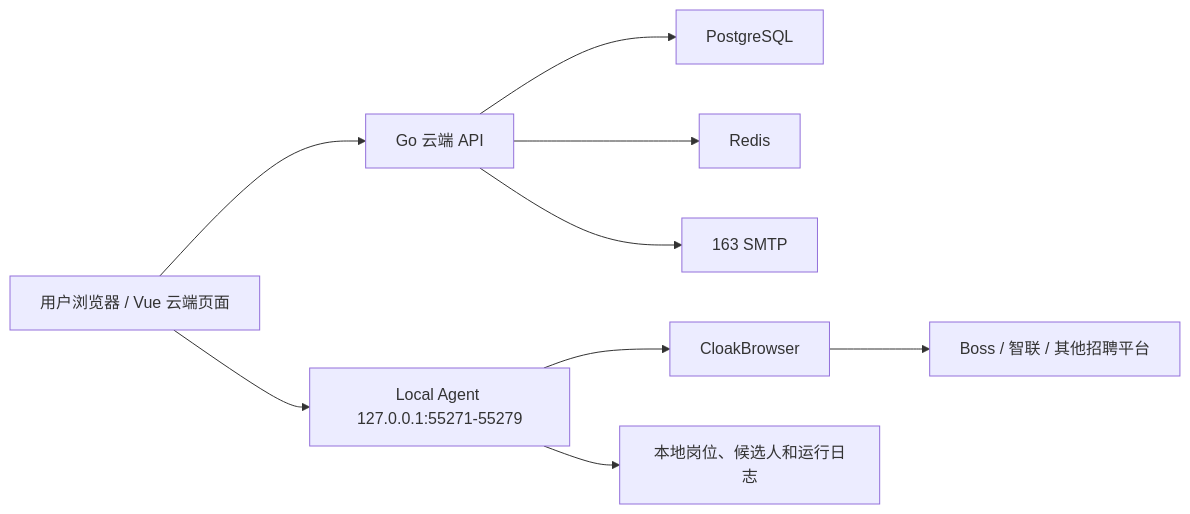
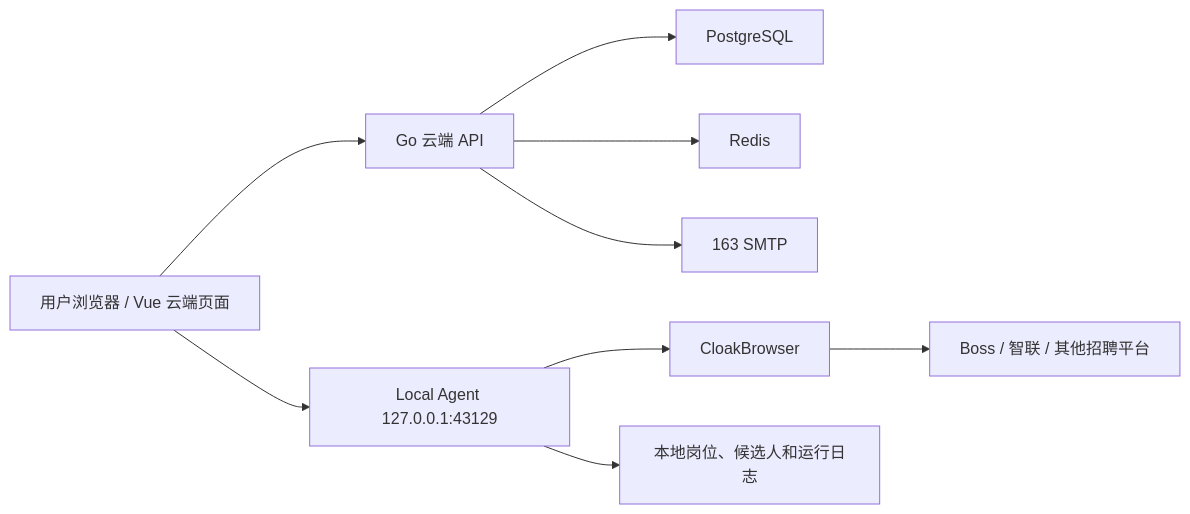
One commit to hhh0078/goodhr changed the diagram in goodhr5/docs/architecture.md. Above: the diagram before and after it, drawn with Mermaid. The commit also changed other lines of this file and 7 other files, not shown here.

````diff
--- a/goodhr5/docs/architecture.md
+++ b/goodhr5/docs/architecture.md
@@ -5,11 +5,11 @@
 ```mermaid
 flowchart LR
   Browser["用户浏览器 / Vue 云端页面"] --> Cloud["Go 云端 API"]
   Cloud --> PG["PostgreSQL"]
   Cloud --> Redis["Redis"]
   Cloud --> SMTP["163 SMTP"]
-  Browser --> Agent["Local Agent 127.0.0.1:55271-55279"]
+  Browser --> Agent["Local Agent 127.0.0.1:43129"]
   Agent --> Cloak["CloakBrowser"]
   Cloak --> Platform["Boss / 智联 / 其他招聘平台"]
   Agent --> LocalFiles["本地岗位、候选人和运行日志"]
 ```
````
